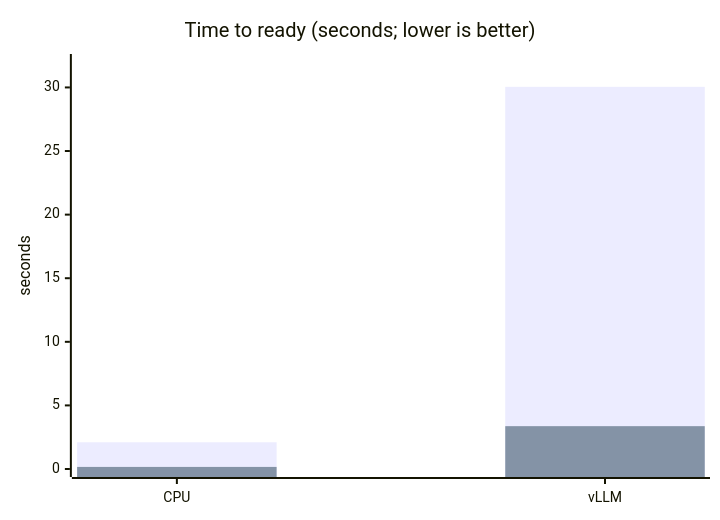
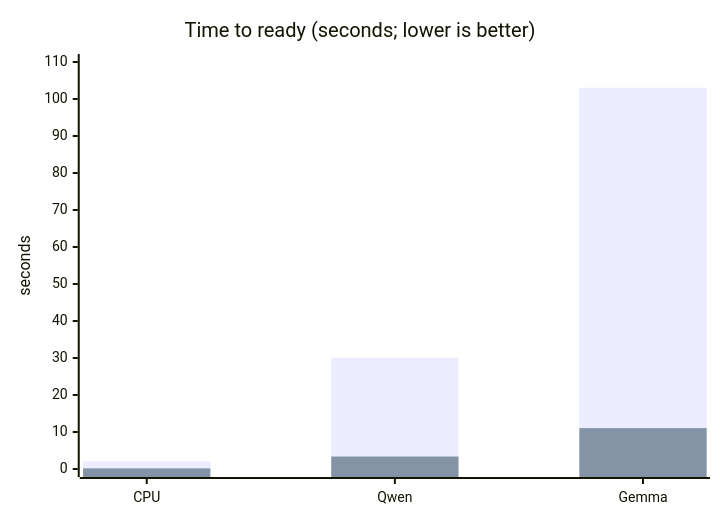
The first of 2 diagrams in README.md (tsdocode/edo-tensei), drawn with Mermaid before and after one commit. The commit also changed other lines of this file and 8 other files, not shown here.

````diff
--- a/README.md
+++ b/README.md
@@ -19,8 +25,8 @@
 ```mermaid
 xychart-beta
     title "Time to ready (seconds; lower is better)"
-    x-axis [CPU, vLLM]
-    y-axis "seconds" 0 --> 32
-    bar [2.102, 30.046]
-    bar [0.164, 3.368]
+    x-axis [CPU, Qwen, Gemma]
+    y-axis "seconds" 0 --> 110
+    bar [2.102, 30.046, 103.052]
+    bar [0.164, 3.368, 11.055]
 ```
````
